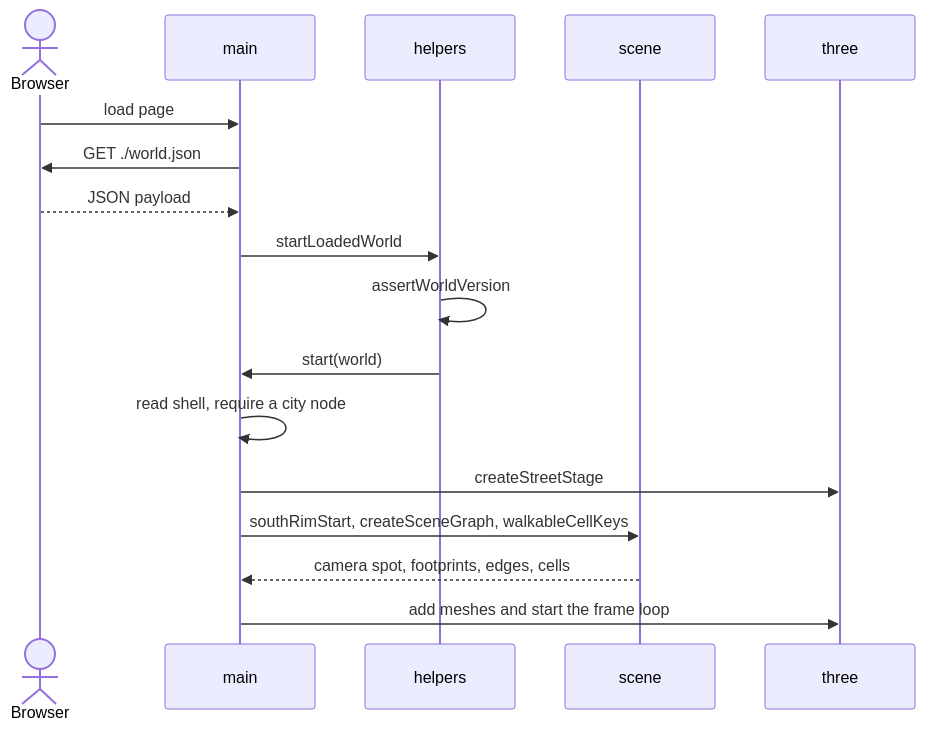
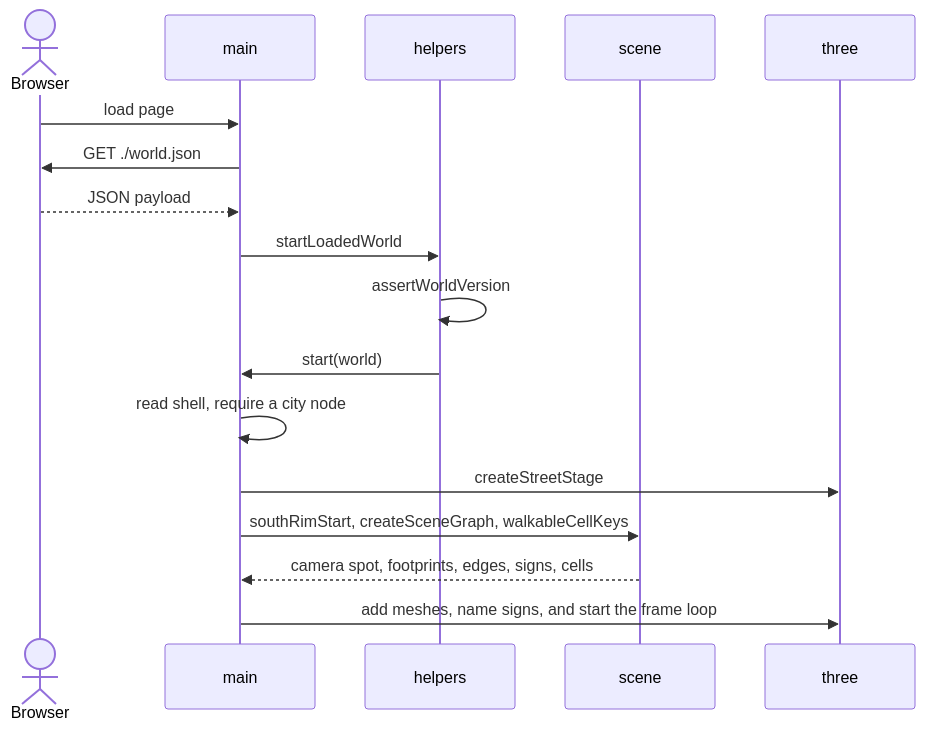
Before and after one commit to slior/CodeScape: the third of 3 diagrams in docs/viewer-design.md, drawn with Mermaid. The commit also changed other lines of this file and 5 other files, not shown here.

````diff
--- a/docs/viewer-design.md
+++ b/docs/viewer-design.md
@@ -186,20 +196,20 @@
 ```mermaid
 sequenceDiagram
   actor Browser
   participant Main as main
   participant Helpers as helpers
   participant Scene as scene
   participant Three as three
 
   Browser->>Main: load page
   Main->>Browser: GET ./world.json
   Browser-->>Main: JSON payload
   Main->>Helpers: startLoadedWorld
   Helpers->>Helpers: assertWorldVersion
   Helpers->>Main: start(world)
   Main->>Main: read shell, require a city node
   Main->>Three: createStreetStage
   Main->>Scene: southRimStart, createSceneGraph, walkableCellKeys
-  Scene-->>Main: camera spot, footprints, edges, cells
-  Main->>Three: add meshes and start the frame loop
+  Scene-->>Main: camera spot, footprints, edges, signs, cells
+  Main->>Three: add meshes, name signs, and start the frame loop
 ```
````
